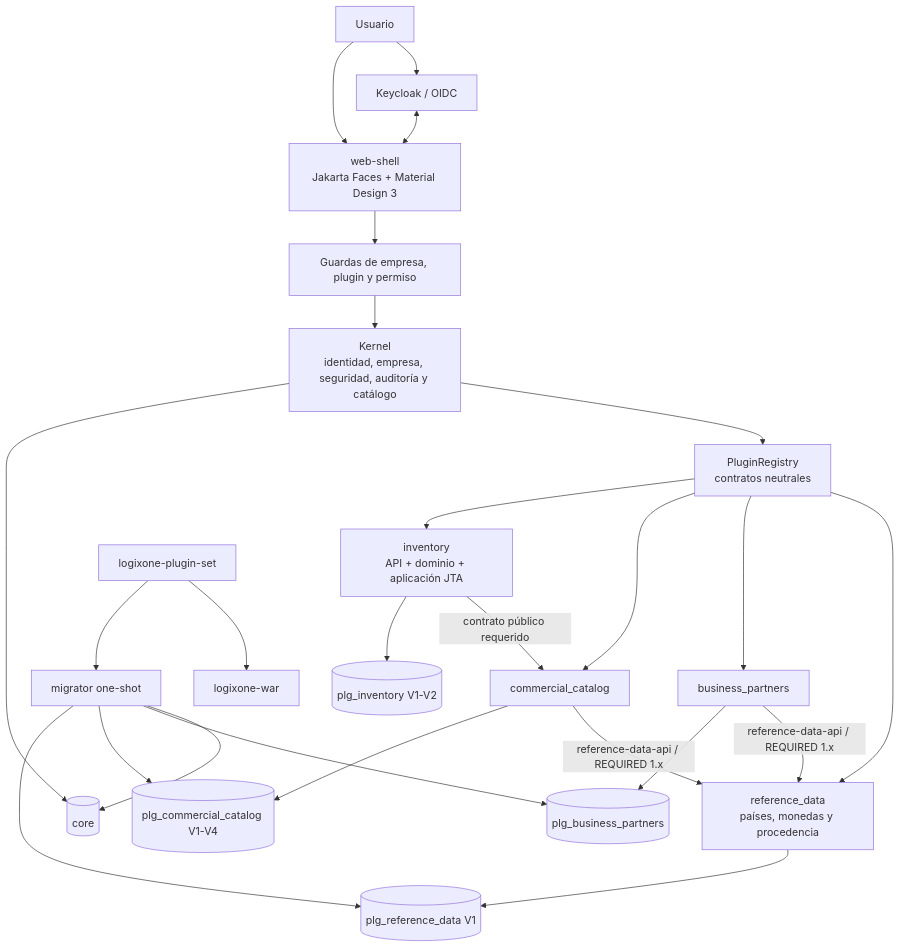
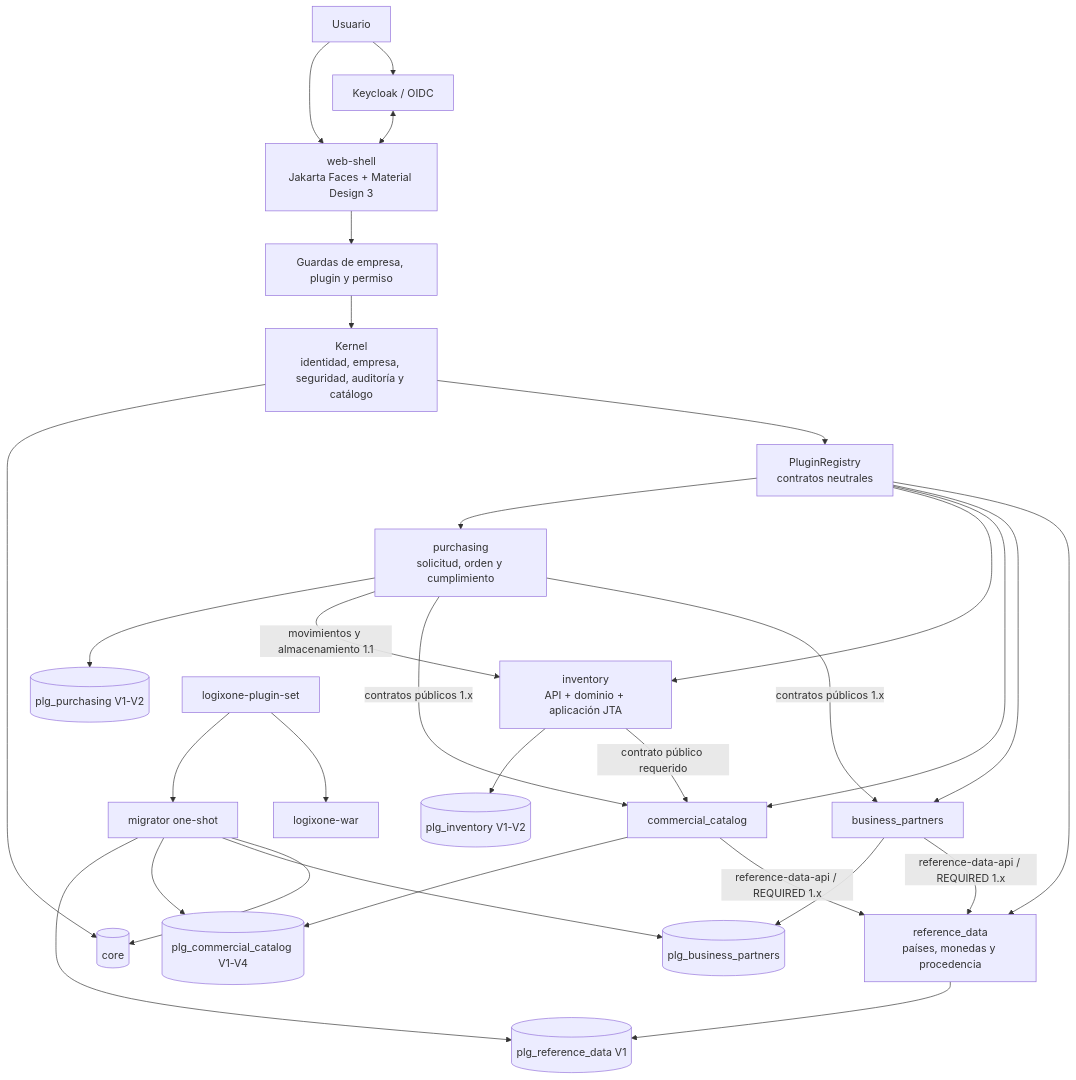
The first of 2 diagrams in docs/developer-guide/README.md (desarrollo02/smart-erp), drawn with Mermaid before and after one commit. The commit also changed other lines of this file and 249 other files, not shown here.

Commit message:
feat: implementa compras y amplía el roadmap de plugins

````diff
--- a/docs/developer-guide/README.md
+++ b/docs/developer-guide/README.md
@@ -32,27 +37,32 @@
 ```mermaid
 flowchart TB
     user["Usuario"] --> oidc["Keycloak / OIDC"]
     user --> shell["web-shell\nJakarta Faces + Material Design 3"]
     oidc <--> shell
     shell --> guard["Guardas de empresa, plugin y permiso"]
     guard --> kernel["Kernel\nidentidad, empresa, seguridad, auditoría y catálogo"]
     kernel --> registry["PluginRegistry\ncontratos neutrales"]
     registry --> referenceData["reference_data\npaíses, monedas y procedencia"]
     registry --> bp["business_partners"]
     registry --> catalog["commercial_catalog"]
     registry --> inventory["inventory\nAPI + dominio + aplicación JTA"]
+    registry --> purchasing["purchasing\nsolicitud, orden y cumplimiento"]
     bp -->|"reference-data-api / REQUIRED 1.x"| referenceData
     catalog -->|"reference-data-api / REQUIRED 1.x"| referenceData
     inventory -->|"contrato público requerido"| catalog
+    purchasing -->|"contratos públicos 1.x"| bp
+    purchasing -->|"contratos públicos 1.x"| catalog
+    purchasing -->|"movimientos y almacenamiento 1.1"| inventory
     referenceData --> referencedb[("plg_reference_data V1")]
     bp --> bpdb[("plg_business_partners")]
     catalog --> catalogdb[("plg_commercial_catalog V1-V4")]
     inventory --> inventorydb[("plg_inventory V1-V2")]
+    purchasing --> purchasingdb[("plg_purchasing V1-V2")]
     kernel --> coredb[("core")]
     pluginSet["logixone-plugin-set"] --> war["logixone-war"]
     pluginSet --> migrator["migrator one-shot"]
     migrator --> coredb
     migrator --> bpdb
     migrator --> catalogdb
     migrator --> referencedb
 ```
````
